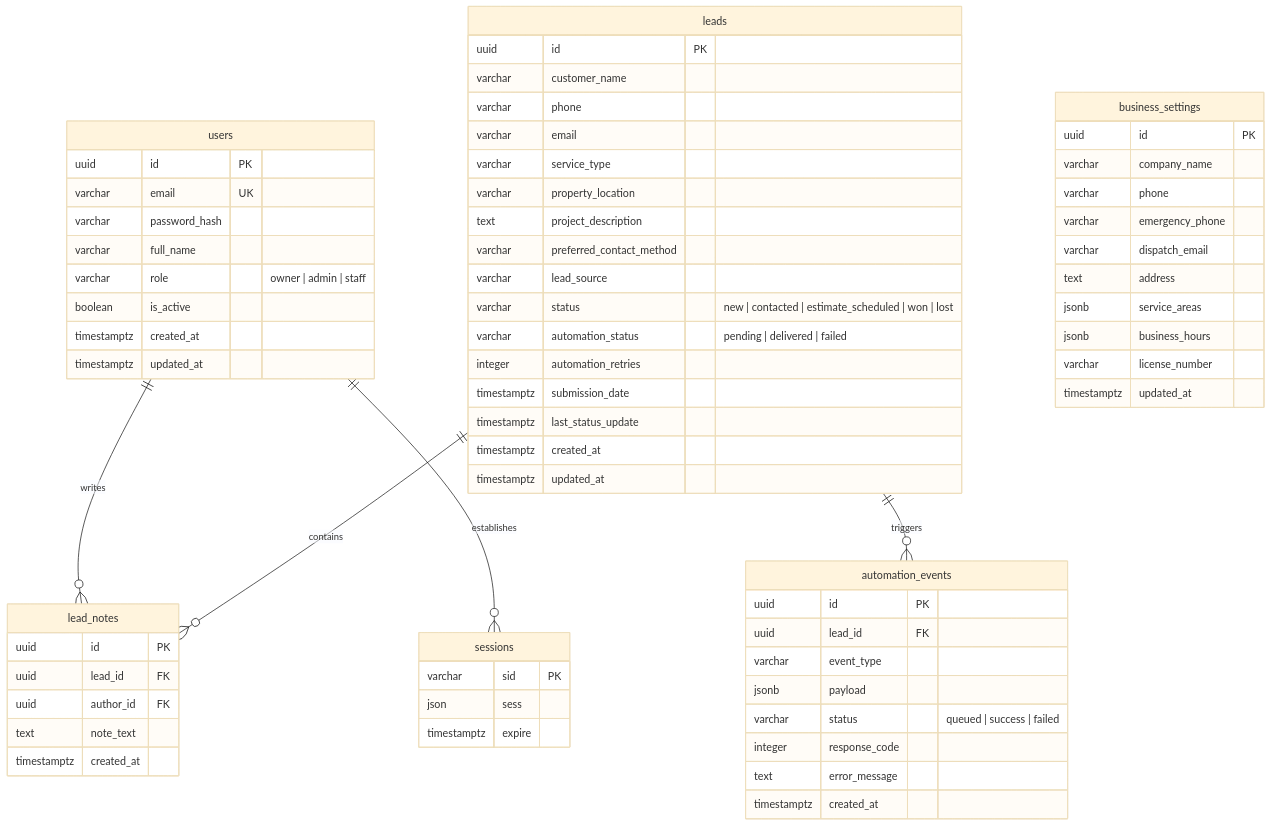
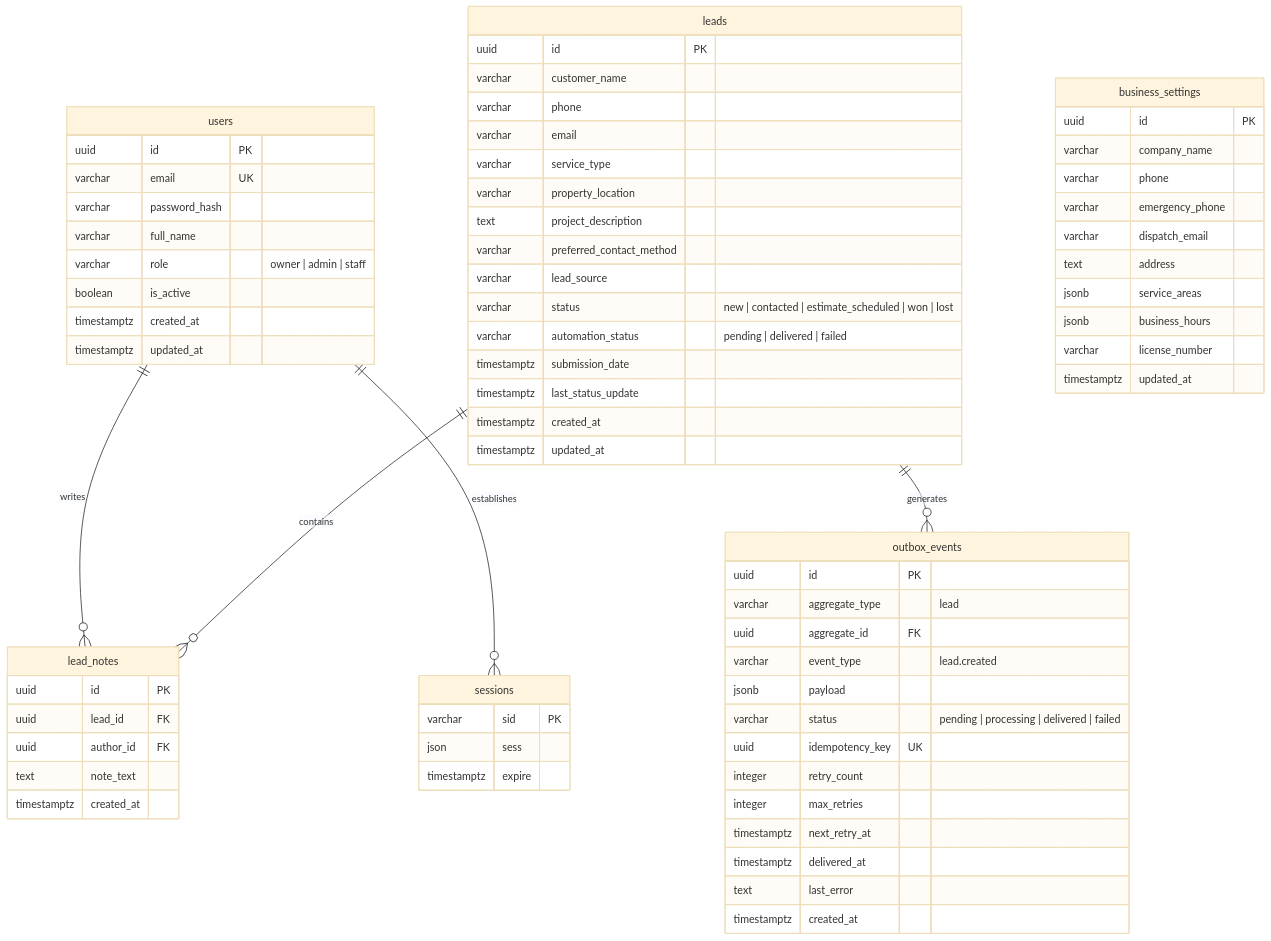
One commit to ennonn/roofing-lead-management---automation-system changed the diagram in docs/DATABASE_SCHEMA.md. Above: the diagram before and after it, drawn with Mermaid (base theme). The commit also changed other lines of this file and 3 other files, not shown here.

````diff
--- a/docs/DATABASE_SCHEMA.md
+++ b/docs/DATABASE_SCHEMA.md
@@ -17,75 +17,79 @@
 ```mermaid
 erDiagram
     users ||--o{ lead_notes : "writes"
     leads ||--o{ lead_notes : "contains"
-    leads ||--o{ automation_events : "triggers"
+    leads ||--o{ outbox_events : "generates"
     users ||--o{ sessions : "establishes"
 
     users {
         uuid id PK
         varchar email UK
         varchar password_hash
         varchar full_name
         varchar role "owner | admin | staff"
         boolean is_active
         timestamptz created_at
         timestamptz updated_at
     }
 
     sessions {
         varchar sid PK
         json sess
         timestamptz expire
     }
 
     business_settings {
         uuid id PK
         varchar company_name
         varchar phone
         varchar emergency_phone
         varchar dispatch_email
         text address
         jsonb service_areas
         jsonb business_hours
         varchar license_number
         timestamptz updated_at
     }
 
     leads {
         uuid id PK
         varchar customer_name
         varchar phone
         varchar email
         varchar service_type
         varchar property_location
         text project_description
         varchar preferred_contact_method
         varchar lead_source
         varchar status "new | contacted | estimate_scheduled | won | lost"
         varchar automation_status "pending | delivered | failed"
-        integer automation_retries
         timestamptz submission_date
         timestamptz last_status_update
         timestamptz created_at
         timestamptz updated_at
     }
 
     lead_notes {
         uuid id PK
         uuid lead_id FK
         uuid author_id FK
         text note_text
         timestamptz created_at
     }
 
-    automation_events {
+    outbox_events {
         uuid id PK
-        uuid lead_id FK
-        varchar event_type
+        varchar aggregate_type "lead"
+        uuid aggregate_id FK
+        varchar event_type "lead.created"
         jsonb payload
-        varchar status "queued | success | failed"
-        integer response_code
-        text error_message
+        varchar status "pending | processing | delivered | failed"
+        uuid idempotency_key UK
+        integer retry_count
+        integer max_retries
+        timestamptz next_retry_at
+        timestamptz delivered_at
+        text last_error
         timestamptz created_at
     }
 ```
````
